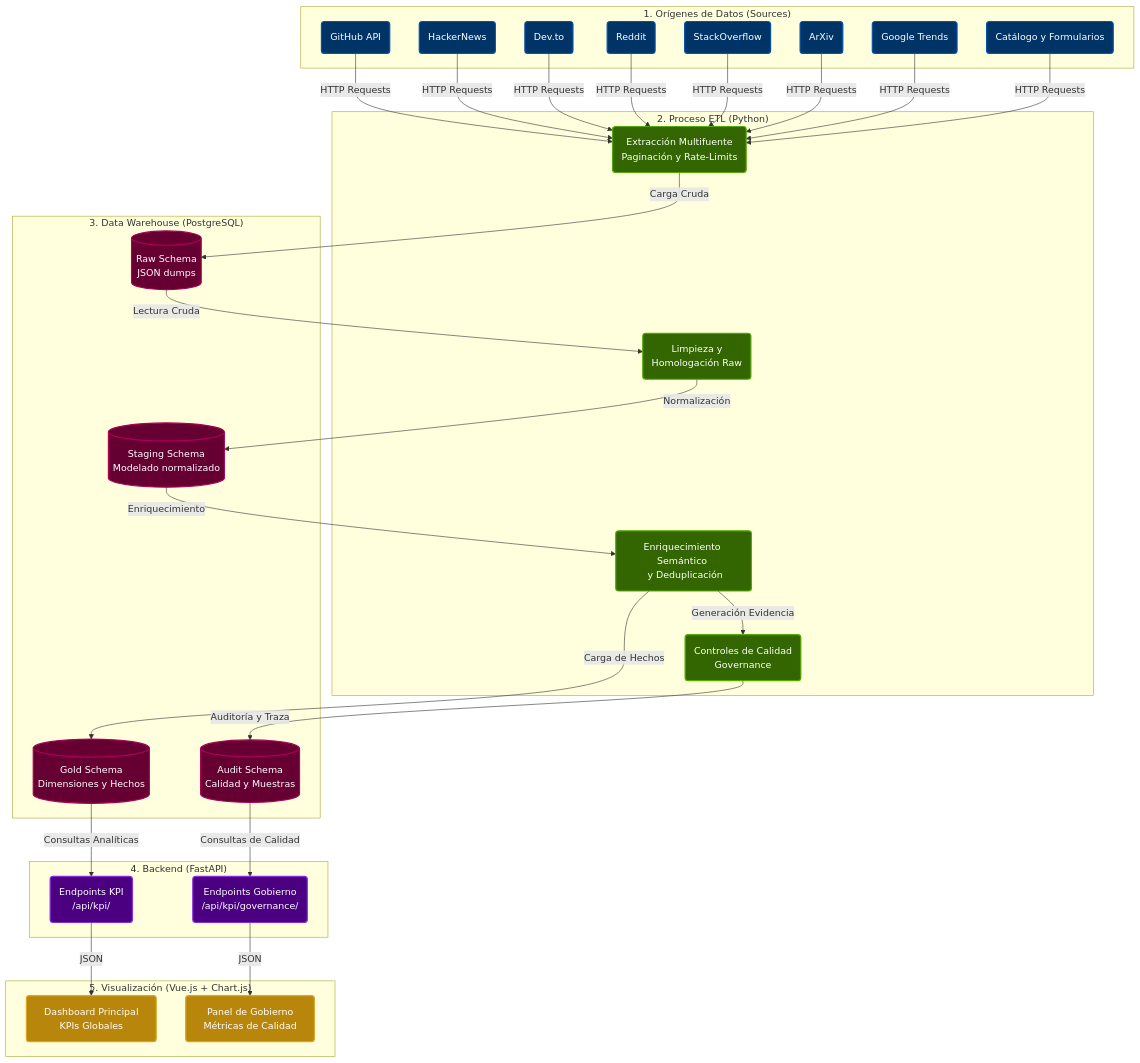
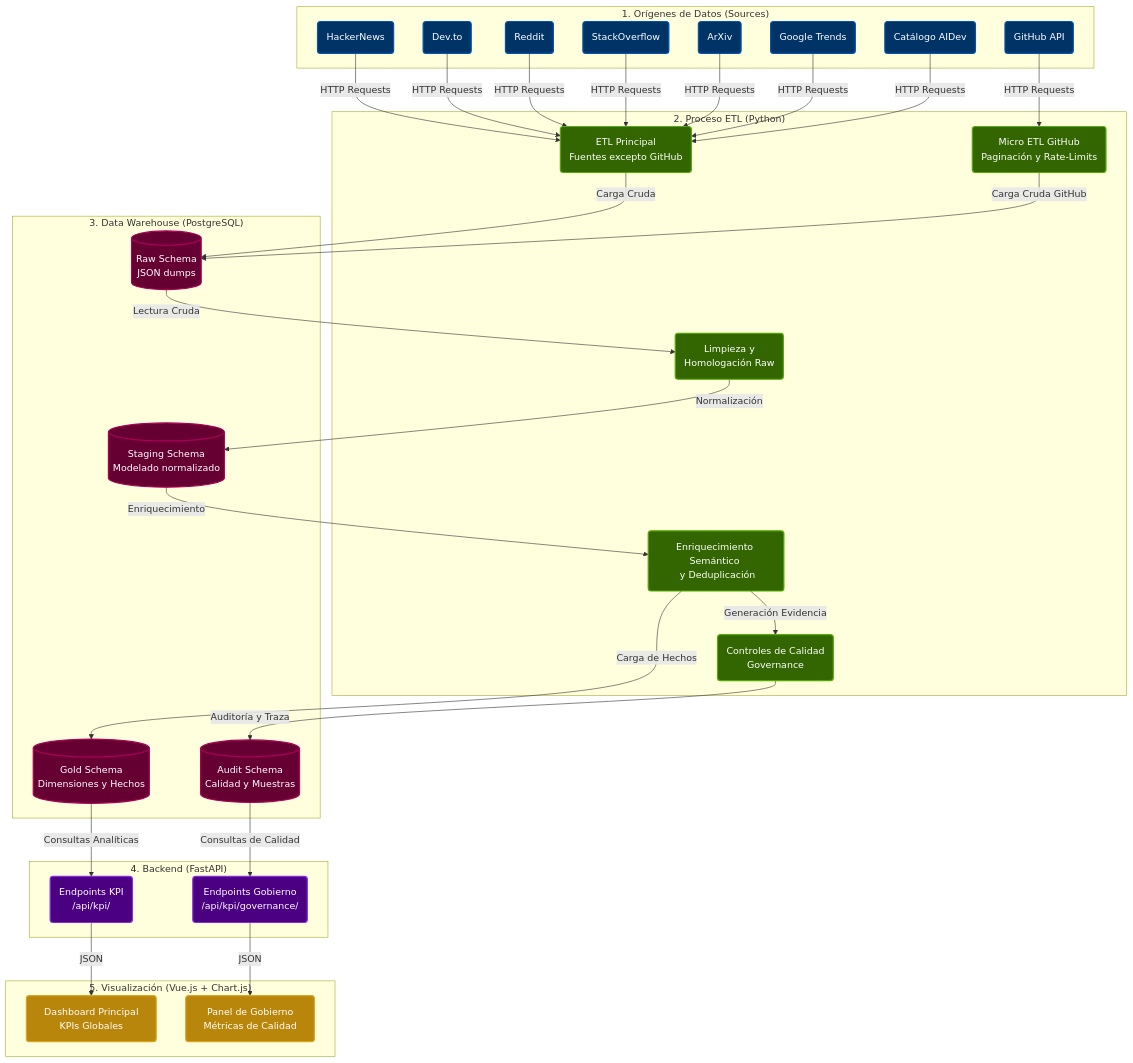
Before and after one commit to DevTorres404/ai-agents-adoption-observatory: the diagram in ARCHITECTURE.md, drawn with Mermaid. The commit also changed other lines of this file and 54 other files, not shown here.

````diff
--- a/ARCHITECTURE.md
+++ b/ARCHITECTURE.md
@@ -5,67 +5,70 @@
 ```mermaid
 graph TD
     %% Estilos Globales
     classDef default fill:#1e1e1e,stroke:#333,stroke-width:2px,color:#fff,rx:5px,ry:5px;
     classDef source fill:#003366,stroke:#0055aa,stroke-width:2px,color:#fff;
     classDef etl fill:#336600,stroke:#55aa00,stroke-width:2px,color:#fff;
     classDef storage fill:#660033,stroke:#aa0055,stroke-width:2px,color:#fff;
     classDef api fill:#4b0082,stroke:#8a2be2,stroke-width:2px,color:#fff;
     classDef web fill:#b8860b,stroke:#daa520,stroke-width:2px,color:#fff;
 
     %% 1. Fuentes (Sources)
     subgraph Fuentes ["1. Orígenes de Datos (Sources)"]
         A1(GitHub API):::source
         A2(HackerNews):::source
         A3(Dev.to):::source
         A4(Reddit):::source
         A5(StackOverflow):::source
         A6(ArXiv):::source
         A7(Google Trends):::source
-        A8(Catálogo y Formularios):::source
+        A8(Catálogo AIDev):::source
     end
 
     %% 2. Proceso ETL
     subgraph ETL ["2. Proceso ETL (Python)"]
-        B1(Extracción Multifuente <br/> Paginación y Rate-Limits):::etl
+        BG(Micro ETL GitHub <br/> Paginación y Rate-Limits):::etl
+        B1(ETL Principal <br/> Fuentes excepto GitHub):::etl
         B2(Limpieza y <br/> Homologación Raw):::etl
         B3(Enriquecimiento Semántico <br/> y Deduplicación):::etl
         B4(Controles de Calidad <br/> Governance):::etl
     end
 
     %% 3. Almacenamiento DW
     subgraph DW ["3. Data Warehouse (PostgreSQL)"]
         C1[(Raw Schema <br/> JSON dumps)]:::storage
         C2[(Staging Schema <br/> Modelado normalizado)]:::storage
         C3[(Gold Schema <br/> Dimensiones y Hechos)]:::storage
         C4[(Audit Schema <br/> Calidad y Muestras)]:::storage
     end
 
     %% 4. Backend
     subgraph Backend ["4. Backend (FastAPI)"]
         D1(Endpoints KPI <br/> /api/kpi/):::api
         D2(Endpoints Gobierno <br/> /api/kpi/governance/):::api
     end
 
     %% 5. Frontend
     subgraph Frontend ["5. Visualización (Vue.js + Chart.js)"]
         E1[Dashboard Principal <br/> KPIs Globales]:::web
         E2[Panel de Gobierno <br/> Métricas de Calidad]:::web
     end
 
     %% Flujos de datos
-    A1 & A2 & A3 & A4 & A5 & A6 & A7 & A8 -->|HTTP Requests| B1
+    A1 -->|HTTP Requests| BG
+    A2 & A3 & A4 & A5 & A6 & A7 & A8 -->|HTTP Requests| B1
     
     B1 -->|Carga Cruda| C1
+    BG -->|Carga Cruda GitHub| C1
     C1 -->|Lectura Cruda| B2
     B2 -->|Normalización| C2
     C2 -->|Enriquecimiento| B3
     B3 -->|Carga de Hechos| C3
     B3 -->|Generación Evidencia| B4
     B4 -->|Auditoría y Traza| C4
     
     C3 -->|Consultas Analíticas| D1
     C4 -->|Consultas de Calidad| D2
     
     D1 -->|JSON| E1
     D2 -->|JSON| E2
 ```
````
